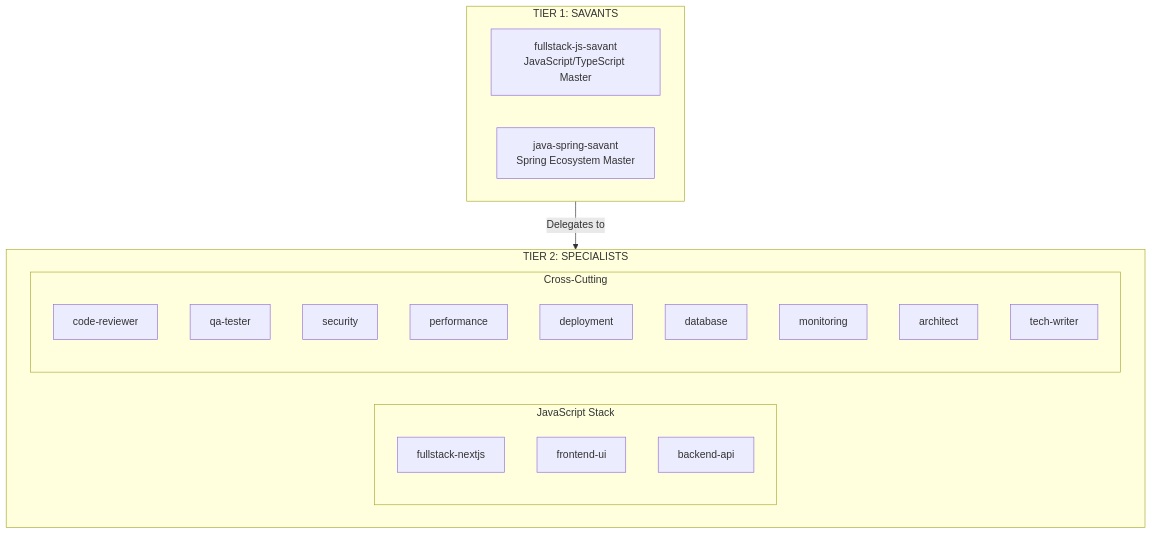
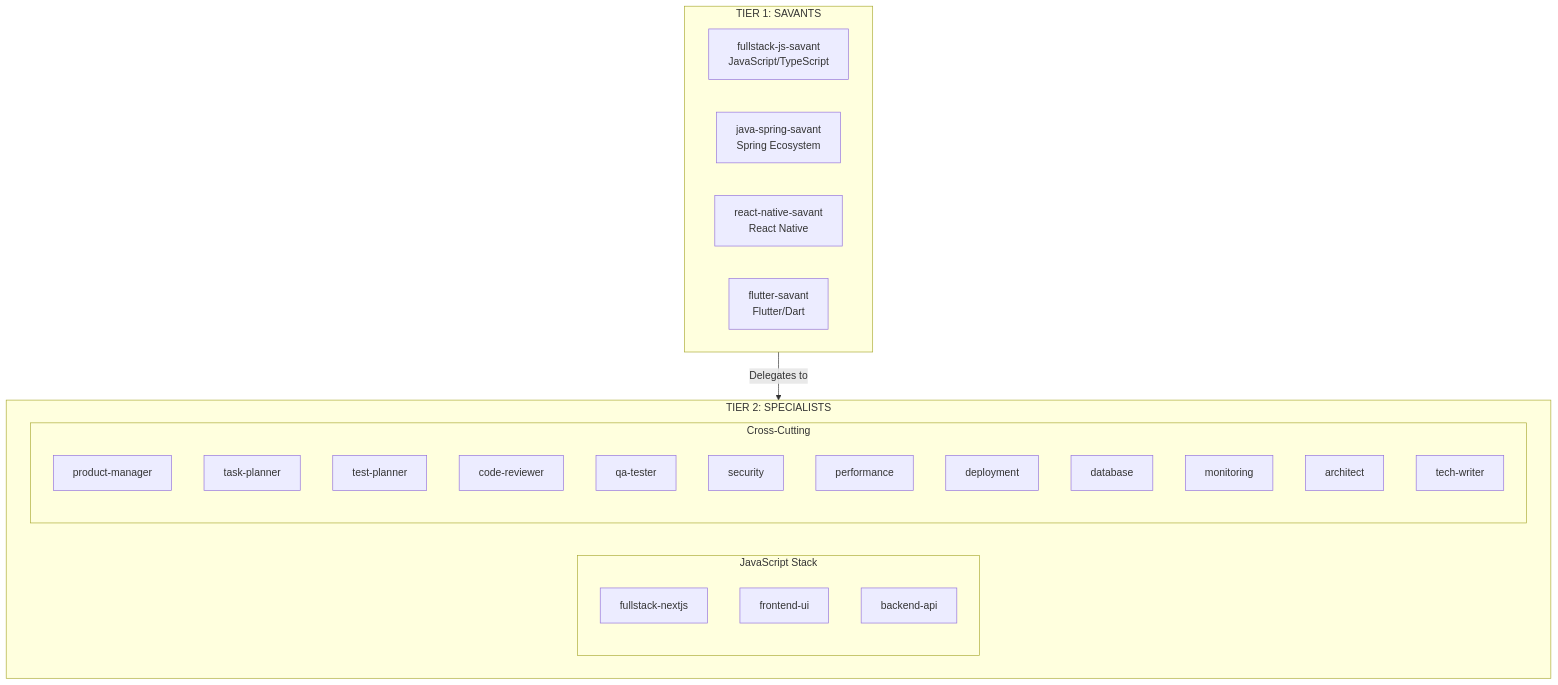
Before and after one commit to rcdelacruz/claude-code-agents: the first of 2 diagrams in docs/index.md, drawn with Mermaid. The commit also changed other lines of this file and 14 other files, not shown here.

First line of the commit message:
Add performance review, security audit, and documentation workflow guides

````diff
--- a/docs/index.md
+++ b/docs/index.md
@@ -9,29 +9,34 @@
 ```mermaid
 graph TB
     subgraph tier1["TIER 1: SAVANTS"]
-        js[fullstack-js-savant<br/>JavaScript/TypeScript Master]
-        java[java-spring-savant<br/>Spring Ecosystem Master]
+        js[fullstack-js-savant<br/>JavaScript/TypeScript]
+        java[java-spring-savant<br/>Spring Ecosystem]
+        rn[react-native-savant<br/>React Native]
+        flutter[flutter-savant<br/>Flutter/Dart]
     end
 
     subgraph tier2["TIER 2: SPECIALISTS"]
         subgraph jsstack[JavaScript Stack]
             jsspec1[fullstack-nextjs]
             jsspec2[frontend-ui]
             jsspec3[backend-api]
         end
 
         subgraph crosscut[Cross-Cutting]
-            cross1[code-reviewer]
-            cross2[qa-tester]
-            cross3[security]
-            cross4[performance]
-            cross5[deployment]
-            cross6[database]
-            cross7[monitoring]
-            cross8[architect]
-            cross9[tech-writer]
+            cross1[product-manager]
+            cross2[task-planner]
+            cross3[test-planner]
+            cross4[code-reviewer]
+            cross5[qa-tester]
+            cross6[security]
+            cross7[performance]
+            cross8[deployment]
+            cross9[database]
+            cross10[monitoring]
+            cross11[architect]
+            cross12[tech-writer]
         end
     end
 
     tier1 -->|Delegates to| tier2
 ```
````
